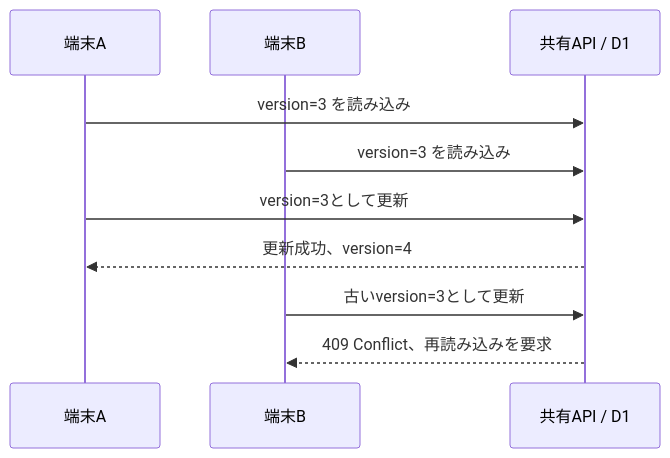
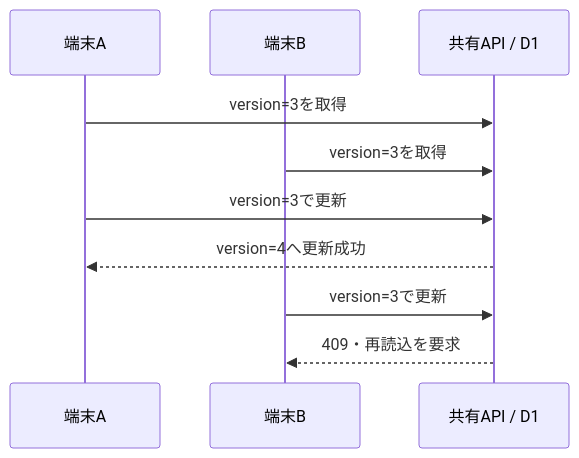
One commit to shoxtechlab/highway-kp-viewer-public changed the second of 2 diagrams in docs/user-annotations.md. Above: the diagram before and after it, drawn with Mermaid. The commit also changed other lines of this file and 11 other files, not shown here.

````diff
--- a/docs/user-annotations.md
+++ b/docs/user-annotations.md
@@ -54,12 +203,12 @@
 ```mermaid
 sequenceDiagram
-  participant A as 端末A
-  participant B as 端末B
-  participant API as 共有API / D1
-  A->>API: version=3 を読み込み
-  B->>API: version=3 を読み込み
-  A->>API: version=3として更新
-  API-->>A: 更新成功、version=4
-  B->>API: 古いversion=3として更新
-  API-->>B: 409 Conflict、再読み込みを要求
+    participant A as 端末A
+    participant B as 端末B
+    participant D as 共有API / D1
+    A->>D: version=3を取得
+    B->>D: version=3を取得
+    A->>D: version=3で更新
+    D-->>A: version=4へ更新成功
+    B->>D: version=3で更新
+    D-->>B: 409・再読込を要求
 ```
````
